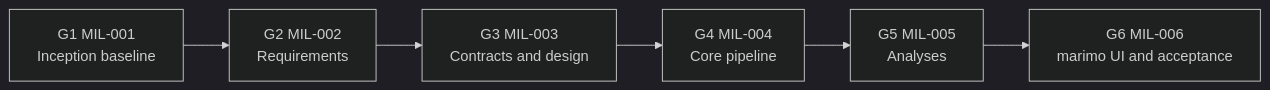
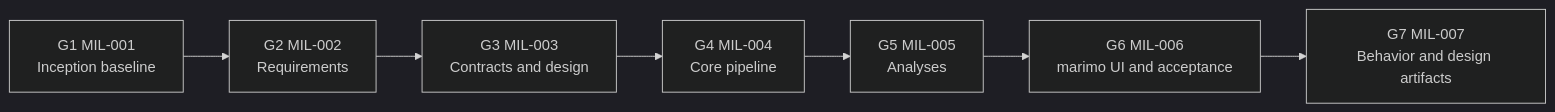
The diagram in docs/project-plan.md (NF-Hotel/Notebook_Market_Analysis), drawn with Mermaid (dark theme) before and after one commit. The commit also changed other lines of this file and 3 other files, not shown here.

````diff
--- a/docs/project-plan.md
+++ b/docs/project-plan.md
@@ -48,8 +50,9 @@
 ```mermaid
 flowchart LR
     G1["G1 MIL-001<br/>Inception baseline"] --> G2["G2 MIL-002<br/>Requirements"]
     G2 --> G3["G3 MIL-003<br/>Contracts and design"]
     G3 --> G4["G4 MIL-004<br/>Core pipeline"]
     G4 --> G5["G5 MIL-005<br/>Analyses"]
     G5 --> G6["G6 MIL-006<br/>marimo UI and acceptance"]
+    G6 --> G7["G7 MIL-007<br/>Behavior and design artifacts"]
 ```
````
